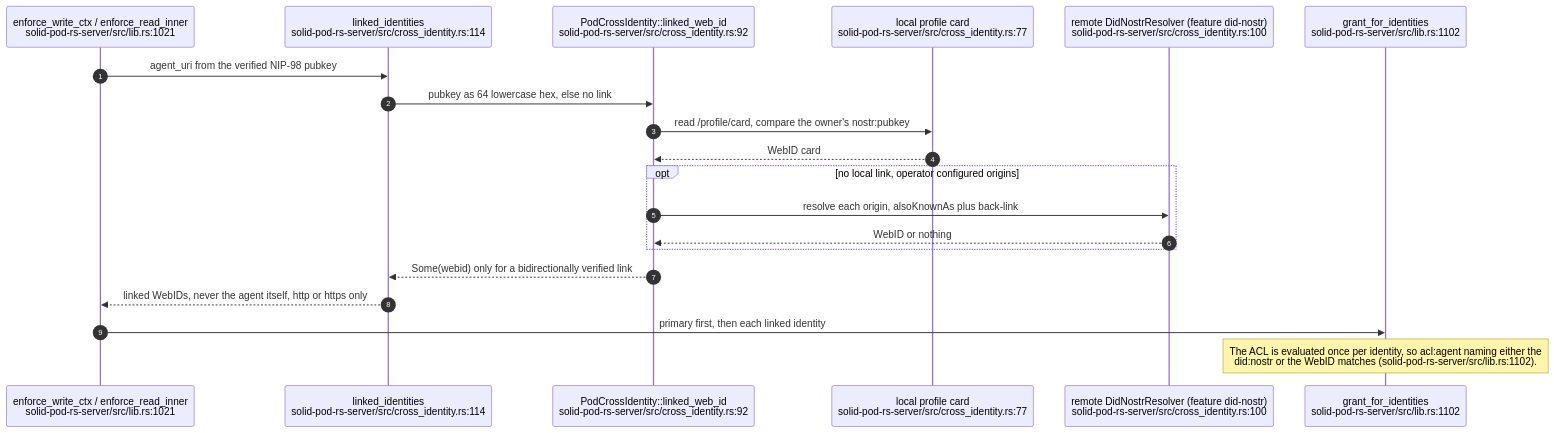
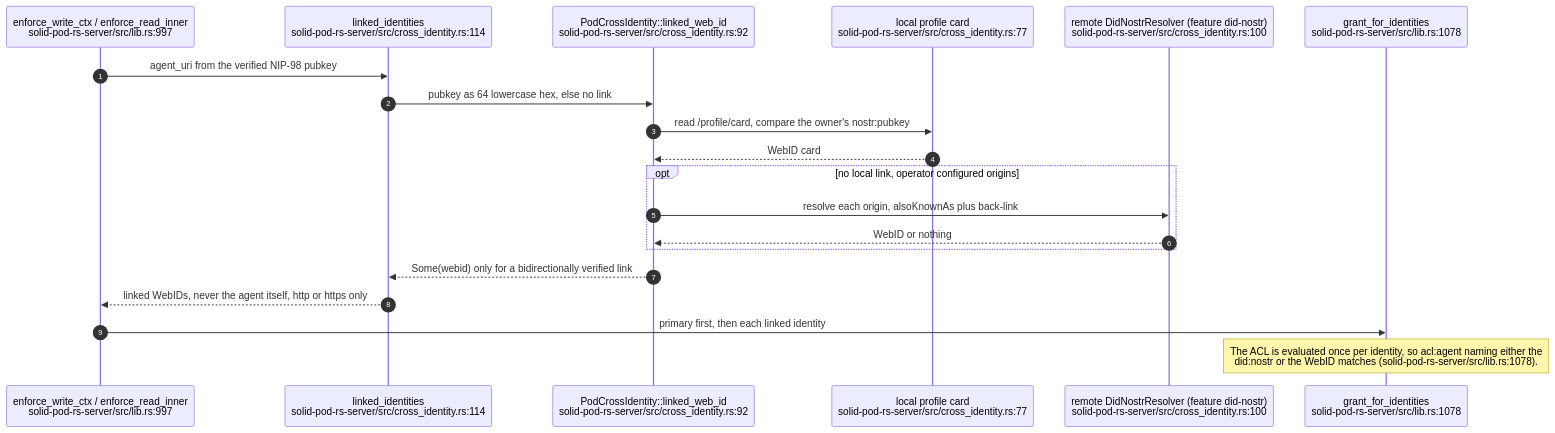
Before and after one commit to DreamLab-AI/VisionFlow: diagram 18 of 18 in docs/diagrams/solid-pod-rs/05-identity-nip98-did-oidc.md, drawn with Mermaid. The commit also changed other lines of this file and 47 other files, not shown here.

````diff
--- a/docs/diagrams/solid-pod-rs/05-identity-nip98-did-oidc.md
+++ b/docs/diagrams/solid-pod-rs/05-identity-nip98-did-oidc.md
@@ -521,23 +561,23 @@
 ```mermaid
 sequenceDiagram
     autonumber
-    participant G as enforce_write_ctx / enforce_read_inner<br/>solid-pod-rs-server/src/lib.rs:1021
+    participant G as enforce_write_ctx / enforce_read_inner<br/>solid-pod-rs-server/src/lib.rs:997
     participant LI as linked_identities<br/>solid-pod-rs-server/src/cross_identity.rs:114
     participant R as PodCrossIdentity::linked_web_id<br/>solid-pod-rs-server/src/cross_identity.rs:92
     participant L as local profile card<br/>solid-pod-rs-server/src/cross_identity.rs:77
     participant D as remote DidNostrResolver (feature did-nostr)<br/>solid-pod-rs-server/src/cross_identity.rs:100
-    participant GI as grant_for_identities<br/>solid-pod-rs-server/src/lib.rs:1102
+    participant GI as grant_for_identities<br/>solid-pod-rs-server/src/lib.rs:1078
 
     G->>LI: agent_uri from the verified NIP-98 pubkey
     LI->>R: pubkey as 64 lowercase hex, else no link
     R->>L: read /profile/card, compare the owner's nostr:pubkey
     L-->>R: WebID card#me when the owner key matches
     opt no local link, operator configured origins
         R->>D: resolve each origin, alsoKnownAs plus back-link
         D-->>R: WebID or nothing
     end
     R-->>LI: Some(webid) only for a bidirectionally verified link
     LI-->>G: linked WebIDs, never the agent itself, http or https only
     G->>GI: primary first, then each linked identity
-    Note over GI: The ACL is evaluated once per identity, so acl:agent naming either the<br/>did:nostr or the WebID matches (solid-pod-rs-server/src/lib.rs:1102).
+    Note over GI: The ACL is evaluated once per identity, so acl:agent naming either the<br/>did:nostr or the WebID matches (solid-pod-rs-server/src/lib.rs:1078).
 ```
````
